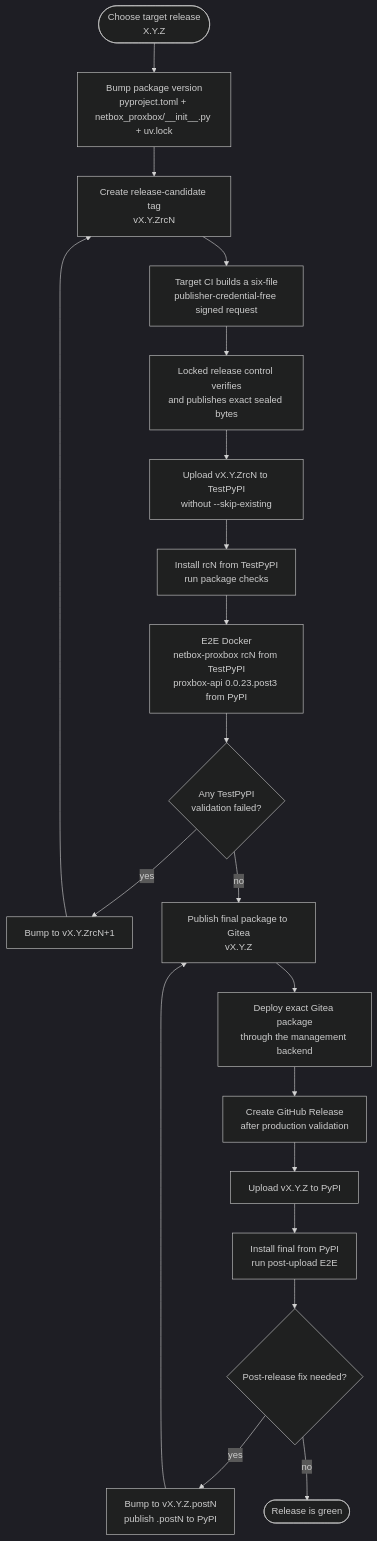
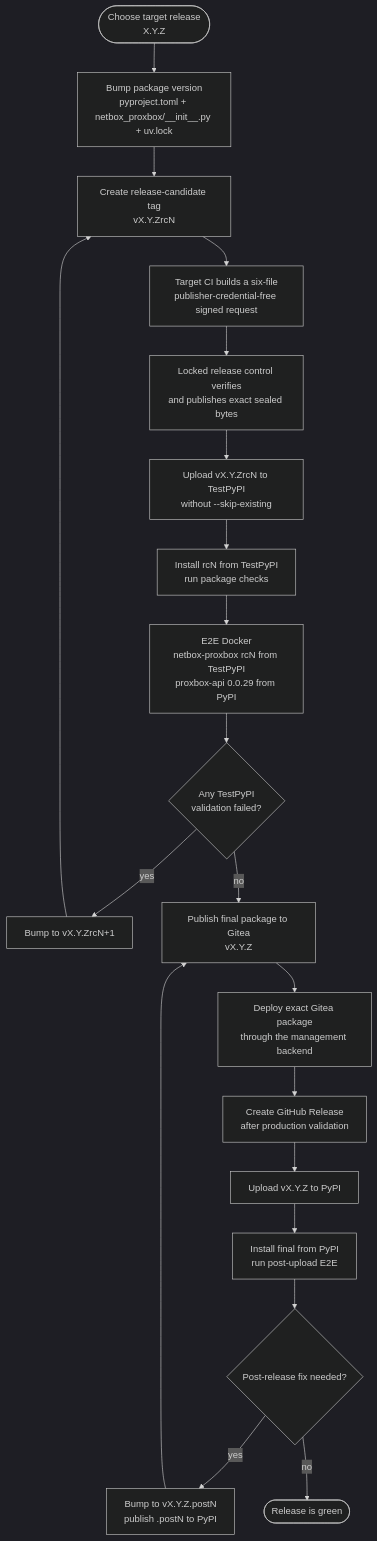
The first of 2 diagrams in docs/developer/release-publishing.md (emersonfelipesp/netbox-proxbox), drawn with Mermaid (dark theme) before and after one commit. The commit also changed other lines of this file and 21 other files, not shown here.

````diff
--- a/docs/developer/release-publishing.md
+++ b/docs/developer/release-publishing.md
@@ -13,27 +13,27 @@
 ```mermaid
 flowchart TD
     Start([Choose target release\nX.Y.Z])
     Bump[Bump package version\npyproject.toml + netbox_proxbox/__init__.py + uv.lock]
     RCTag[Create release-candidate tag\nvX.Y.ZrcN]
     RCCI[Target CI builds a six-file\npublisher-credential-free signed request]
     Control[Locked release control verifies\nand publishes exact sealed bytes]
     RCUpload[Upload vX.Y.ZrcN to TestPyPI\nwithout --skip-existing]
     RCValidate[Install rcN from TestPyPI\nrun package checks]
-    RCE2E[E2E Docker\nnetbox-proxbox rcN from TestPyPI\nproxbox-api 0.0.23.post3 from PyPI]
+    RCE2E[E2E Docker\nnetbox-proxbox rcN from TestPyPI\nproxbox-api 0.0.29 from PyPI]
     RCFailed{Any TestPyPI\nvalidation failed?}
     NextRC[Bump to vX.Y.ZrcN+1]
     FinalPrivate[Publish final package to Gitea\nvX.Y.Z]
     Deploy[Deploy exact Gitea package\nthrough the management backend]
     PublicRelease[Create GitHub Release\nafter production validation]
     FinalUpload[Upload vX.Y.Z to PyPI]
     FinalValidate[Install final from PyPI\nrun post-upload E2E]
     FinalFailed{Post-release fix needed?}
     Post[Bump to vX.Y.Z.postN\npublish .postN to PyPI]
     Done([Release is green])
 
     Start --> Bump --> RCTag --> RCCI --> Control --> RCUpload --> RCValidate --> RCE2E --> RCFailed
     RCFailed -- yes --> NextRC --> RCTag
     RCFailed -- no --> FinalPrivate --> Deploy --> PublicRelease --> FinalUpload --> FinalValidate --> FinalFailed
     FinalFailed -- yes --> Post --> FinalPrivate
     FinalFailed -- no --> Done
 ```
````
